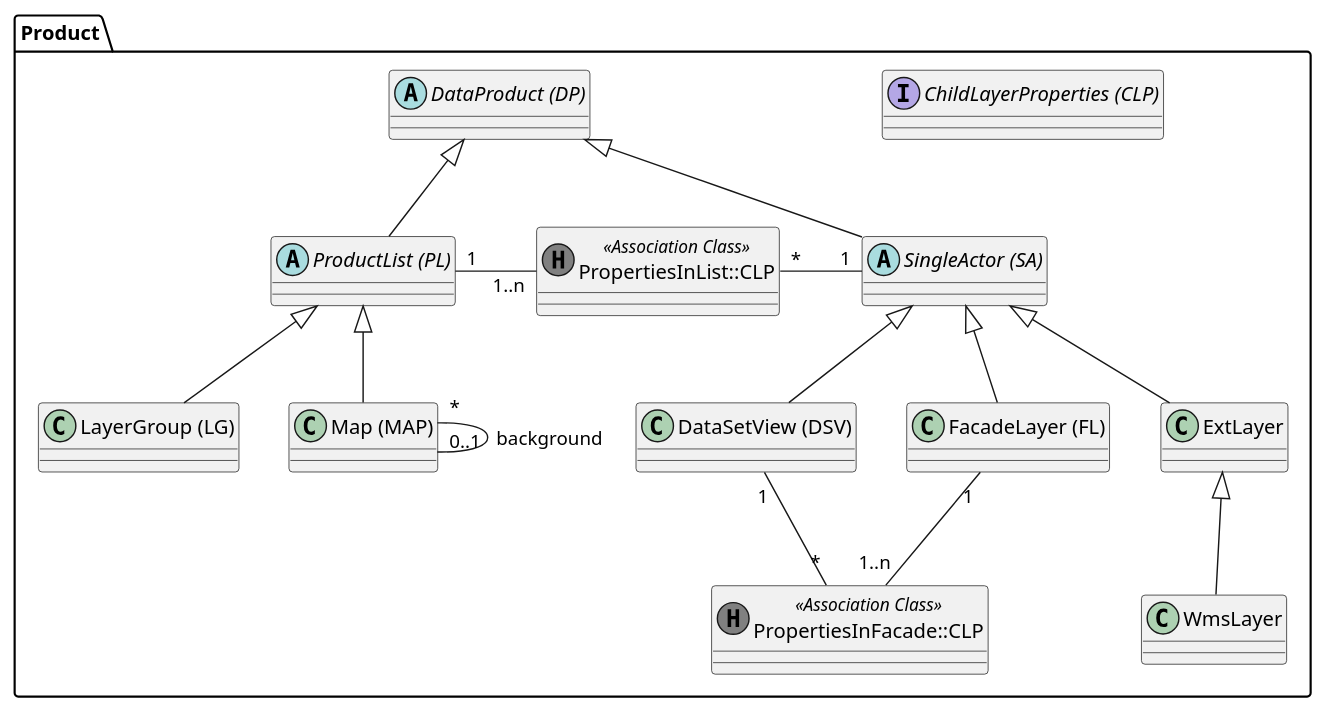
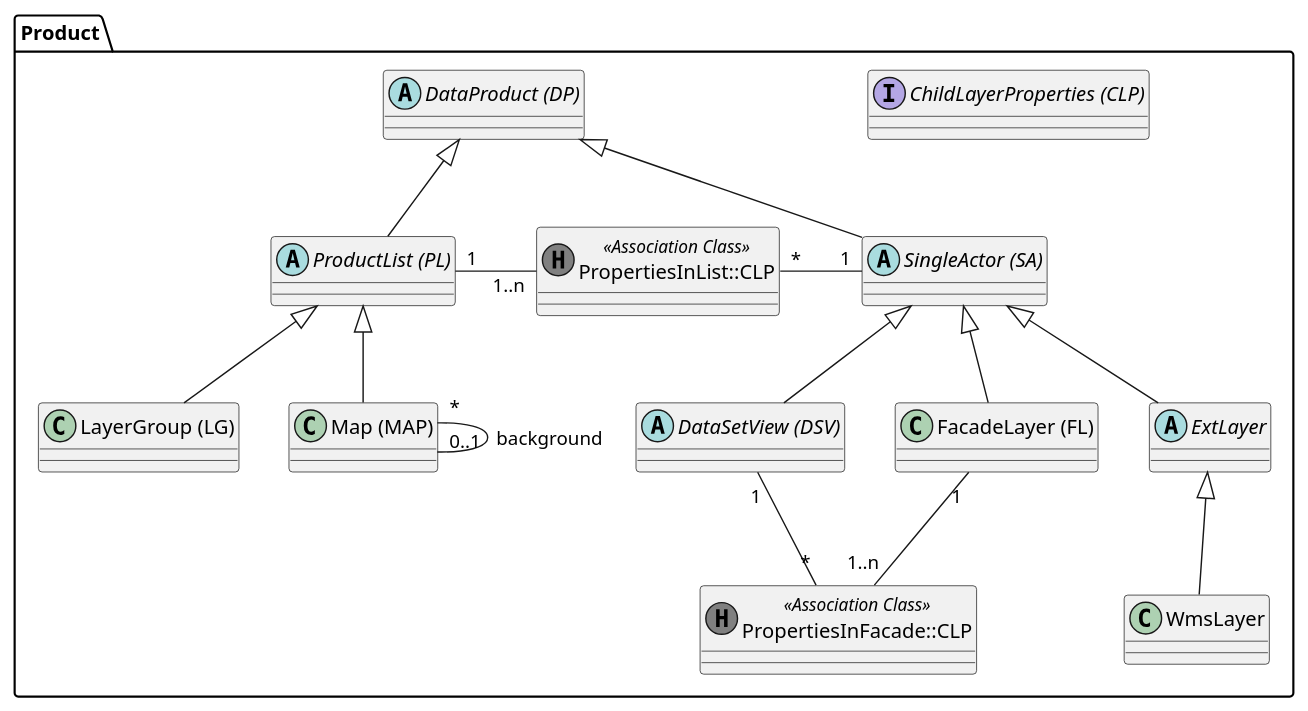
One commit to sogis/simi changed the diagram in code/doc/puml/src/product.puml. Above: the diagram before and after it, drawn with PlantUML. The commit also changed 3 other files, not shown here.

```diff
--- a/code/doc/puml/src/product.puml
+++ b/code/doc/puml/src/product.puml
@@ -1,40 +1,40 @@
 @startuml
 package Product {
   interface "ChildLayerProperties (CLP)" as clp
   abstract class "DataProduct (DP)" as dp
 
   abstract class "ProductList (PL)" as pl
   class "LayerGroup (LG)" as lg
   class "Map (MAP)" as map
 
   abstract class "SingleActor (SA)" as sa
   class "FacadeLayer (FL)" as fl
-  class "DataSetView (DSV)" as dsv
-  class "ExtLayer" as el
+  abstract class "DataSetView (DSV)" as dsv
+  abstract class "ExtLayer" as el
   class "WmsLayer" as wl
 
   class "PropertiesInFacade::CLP" as pif << (H, grey) Association Class >>
   class "PropertiesInList::CLP" as pil << (H, grey) Association Class >>
 
   dp <|-- pl
 
   pl <|-- lg
   pl <|-- map
 
   dp <|-- sa
 
   sa <|-- dsv
   sa <|-- fl
   sa <|-- el
 
   el <|-- wl
 
   pl "1" -right- "1..n" pil : "      "
   pil "*" -right- "1" sa : "      "
 
   map "*" -- "0..1" map : "background"
 
   fl "1" -- "1..n" pif : "      "
   pif "*" -up- "1" dsv : "      "
 }
 @enduml
```
